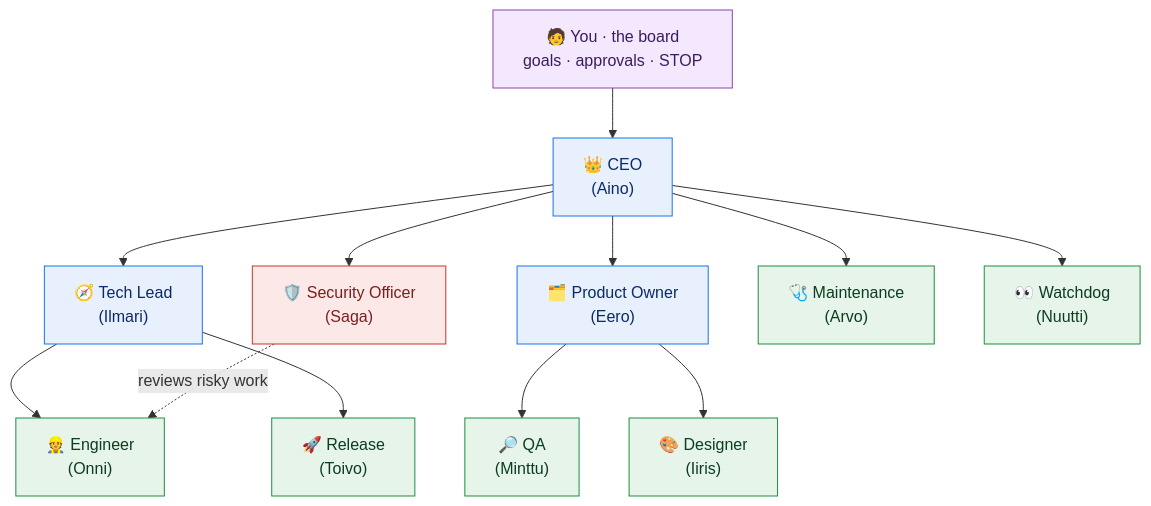
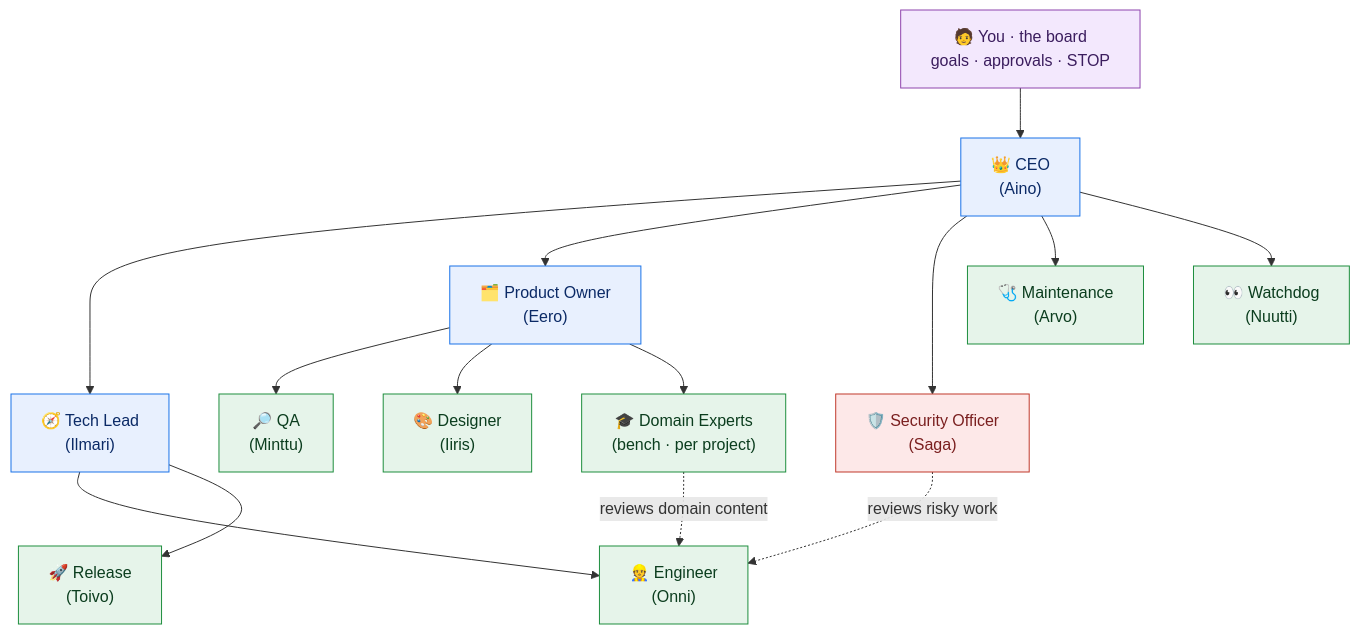
One commit to hamadsec/paperclip-ai-company changed the first of 2 diagrams in docs/TEAM.md. Above: the diagram before and after it, drawn with Mermaid. The commit also changed other lines of this file and 4 other files, not shown here.

First line of the commit message:
Domain experts on demand: staffing decision, expert bench, domain review gate

````diff
--- a/docs/TEAM.md
+++ b/docs/TEAM.md
@@ -7,29 +7,31 @@
 ```mermaid
 flowchart TD
     BOARD["🧑 You · the board<br/>goals · approvals · STOP"]
     CEO["👑 CEO<br/>(Aino)"]
     LEAD["🧭 Tech Lead<br/>(Ilmari)"]
     PO["🗂️ Product Owner<br/>(Eero)"]
     SEC["🛡️ Security Officer<br/>(Saga)"]
     MAINT["🩺 Maintenance<br/>(Arvo)"]
     WATCH["👀 Watchdog<br/>(Nuutti)"]
     ENG["👷 Engineer<br/>(Onni)"]
     REL["🚀 Release<br/>(Toivo)"]
     QA["🔎 QA<br/>(Minttu)"]
     DES["🎨 Designer<br/>(Iiris)"]
+    EXP["🎓 Domain Experts<br/>(bench · per project)"]
 
     BOARD --> CEO
     CEO --> LEAD & PO & SEC & MAINT & WATCH
     LEAD --> ENG & REL
-    PO --> QA & DES
+    PO --> QA & DES & EXP
     SEC -. reviews risky work .-> ENG
+    EXP -. reviews domain content .-> ENG
 
     classDef board fill:#f3e8fd,stroke:#8e44ad,color:#3b1d5e;
     classDef boss fill:#e8f0fe,stroke:#1a73e8,color:#0b2a66;
     classDef ic fill:#e6f4ea,stroke:#1e8e3e,color:#0b3d1e;
     classDef guard fill:#fde8e8,stroke:#c0392b,color:#7a1f1f;
     class BOARD board;
     class CEO,LEAD,PO boss;
-    class ENG,REL,QA,DES,MAINT,WATCH ic;
+    class ENG,REL,QA,DES,MAINT,WATCH,EXP ic;
     class SEC guard;
 ```
````
